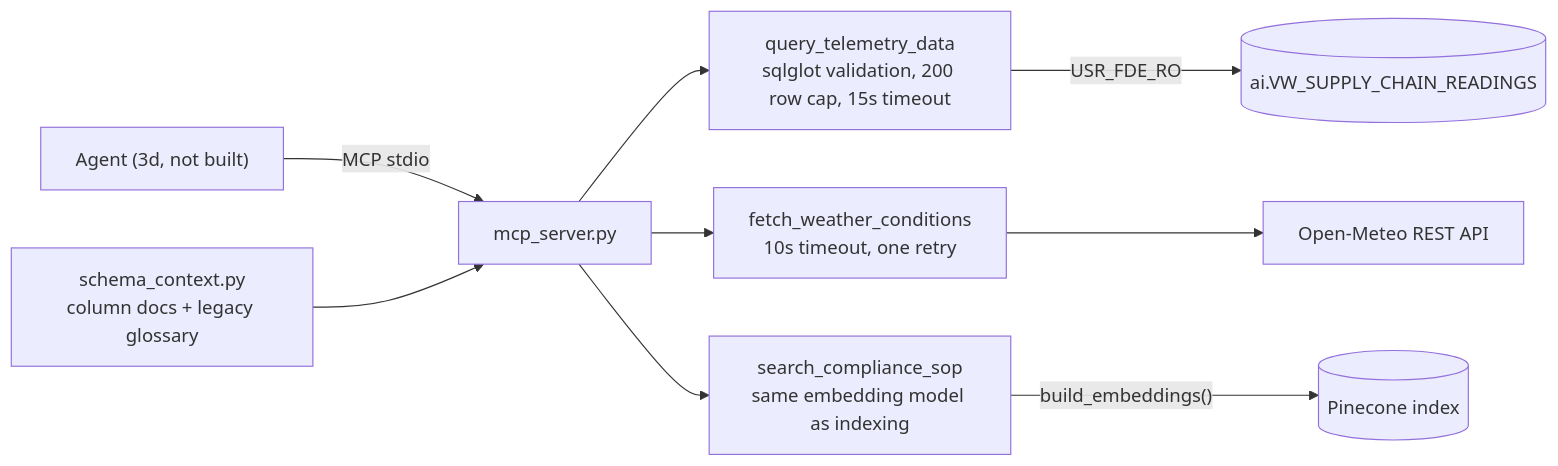
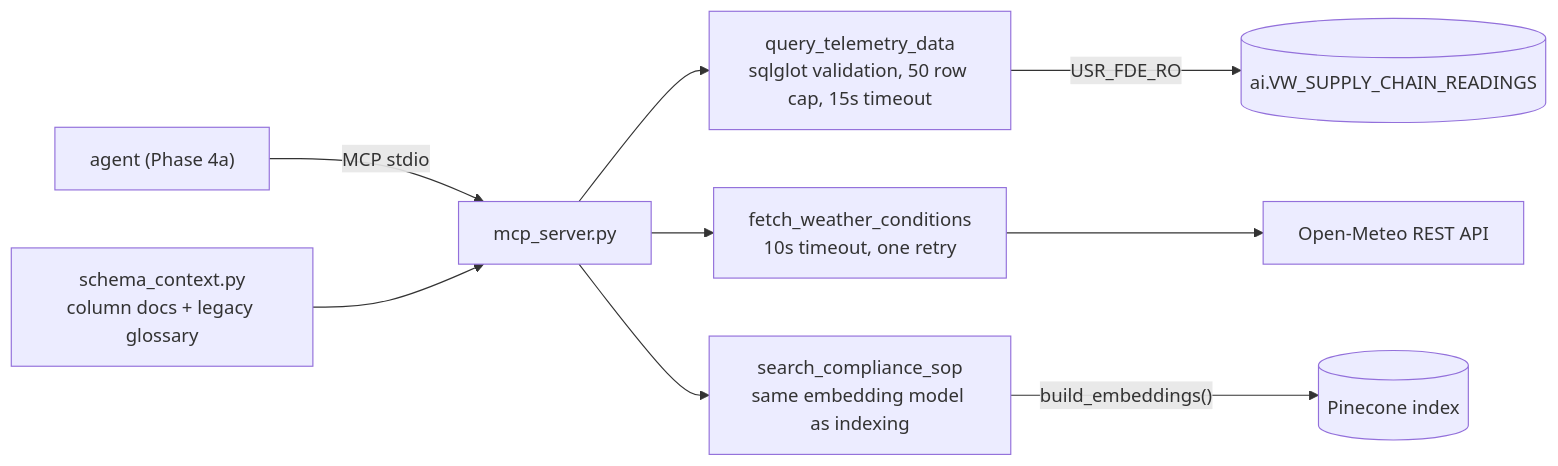
The fifth of 6 diagrams in docs/domain-model.md (ibraheem15/supply-chain-data-assistant), drawn with Mermaid before and after one commit. The commit also changed other lines of this file and 31 other files, not shown here.

First line of the commit message:
Phase 4a: Add LangGraph agent with Gemini/Groq toggle; comment all Python files

````diff
--- a/docs/domain-model.md
+++ b/docs/domain-model.md
@@ -160,11 +160,11 @@
 ```mermaid
 flowchart LR
-    Agent["Agent (3d, not built)"] -->|MCP stdio| Server["mcp_server.py"]
-    Server --> SQL["query_telemetry_data\nsqlglot validation, 200 row cap, 15s timeout"]
+    Agent["agent (Phase 4a)"] -->|MCP stdio| Server["mcp_server.py"]
+    Server --> SQL["query_telemetry_data\nsqlglot validation, 50 row cap, 15s timeout"]
     Server --> Weather["fetch_weather_conditions\n10s timeout, one retry"]
     Server --> SOP["search_compliance_sop\nsame embedding model as indexing"]
     Context["schema_context.py\ncolumn docs + legacy glossary"] --> Server
     SQL -->|"USR_FDE_RO"| View[("ai.VW_SUPPLY_CHAIN_READINGS")]
     Weather --> OpenMeteo["Open-Meteo REST API"]
     SOP -->|"build_embeddings()"| Pinecone[("Pinecone index")]
 ```
````
